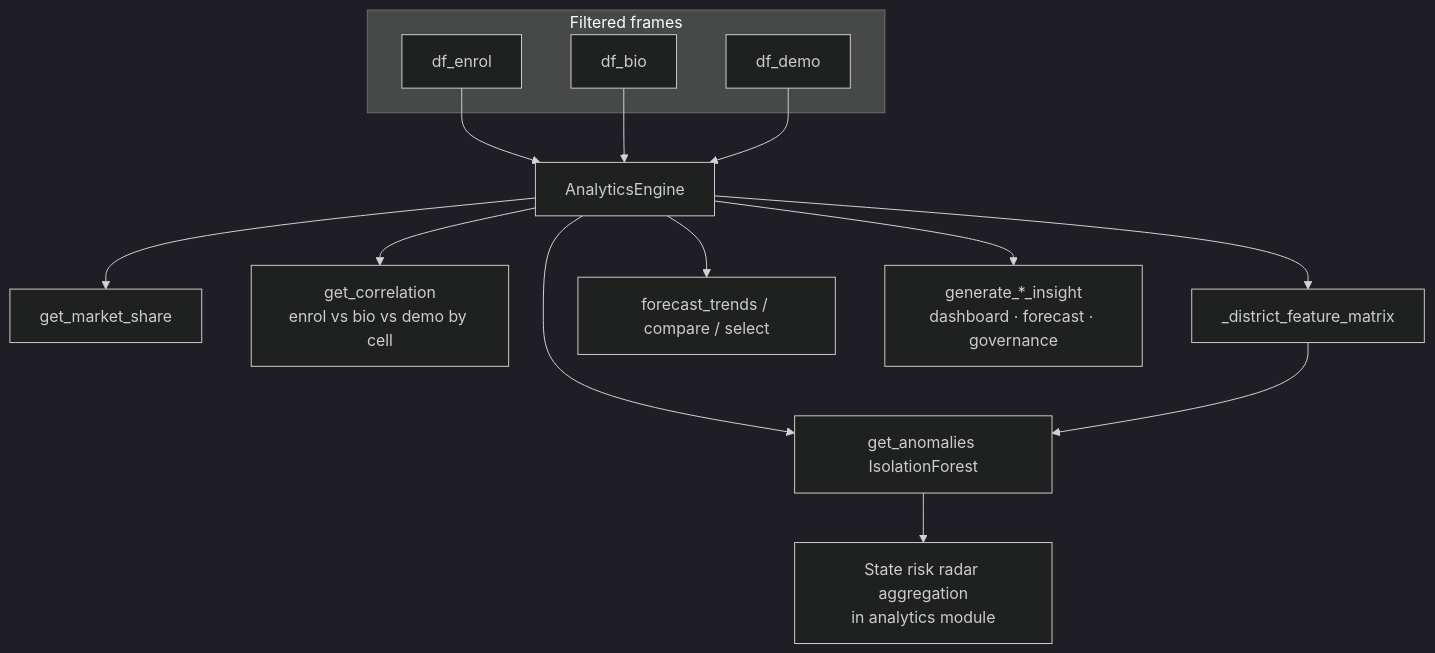
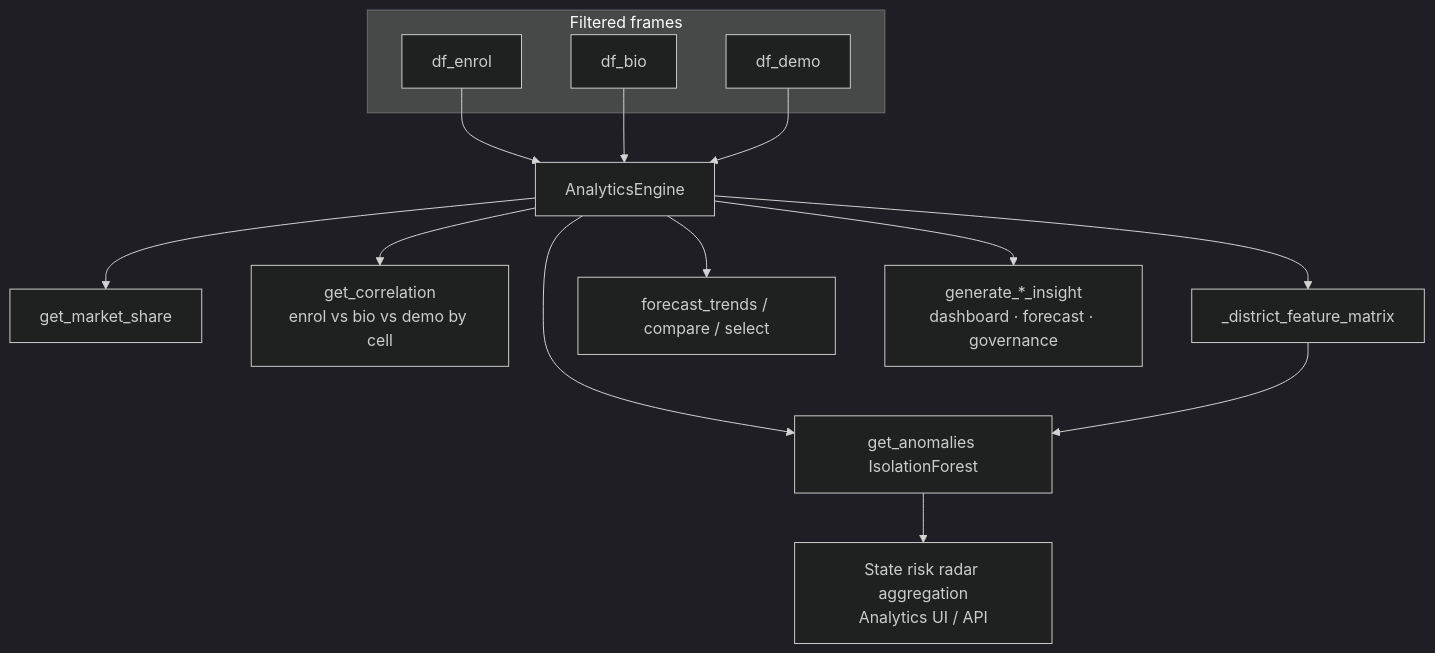
One commit to NetRunnerXD/Aadhaar-Intel-Engine-UIDAI changed diagram 11 of 24 in flowchart.md. Above: the diagram before and after it, drawn with Mermaid (dark theme). The commit also changed other lines of this file and 1 other file, not shown here.

First line of the commit message:
docs: update flowchart and feature parity for dual UI stack

````diff
--- a/flowchart.md
+++ b/flowchart.md
@@ -269,24 +382,24 @@
 ```mermaid
 flowchart TB
     subgraph IN["Filtered frames"]
         E[df_enrol]
         B[df_bio]
         D[df_demo]
     end
 
     ENG[AnalyticsEngine]
 
     E --> ENG
     B --> ENG
     D --> ENG
 
     ENG --> MS[get_market_share]
     ENG --> COR[get_correlation<br/>enrol vs bio vs demo by cell]
     ENG --> FM[_district_feature_matrix]
     ENG --> AN[get_anomalies IsolationForest]
     ENG --> FC[forecast_trends / compare / select]
     ENG --> INS[generate_*_insight<br/>dashboard · forecast · governance]
 
     FM --> AN
-    AN --> RR[State risk radar aggregation<br/>in analytics module]
+    AN --> RR[State risk radar aggregation<br/>Analytics UI / API]
 ```
````
